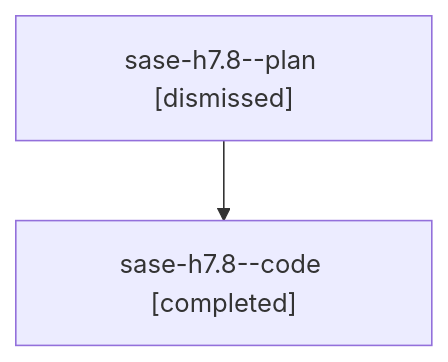
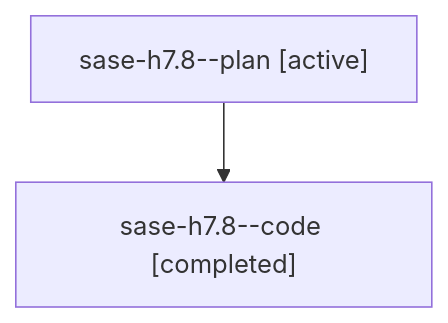
The diagram in families/bbugyi200.athena.sase-h7.8.md (sase-org/sase--agents), drawn with Mermaid before and after one commit. The commit also changed other lines of this file and 35830 other files, not shown here.

````diff
--- a/families/bbugyi200.athena.sase-h7.8.md
+++ b/families/bbugyi200.athena.sase-h7.8.md
@@ -9,6 +9,6 @@
 ```mermaid
 flowchart TD
-  n0["sase-h7.8--plan [dismissed]"]
+  n0["sase-h7.8--plan [active]"]
   n1["sase-h7.8--code [completed]"]
   n0 --> n1
 ```
````
